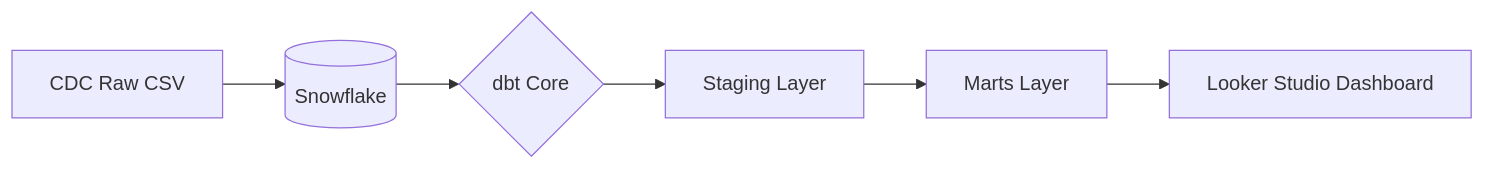
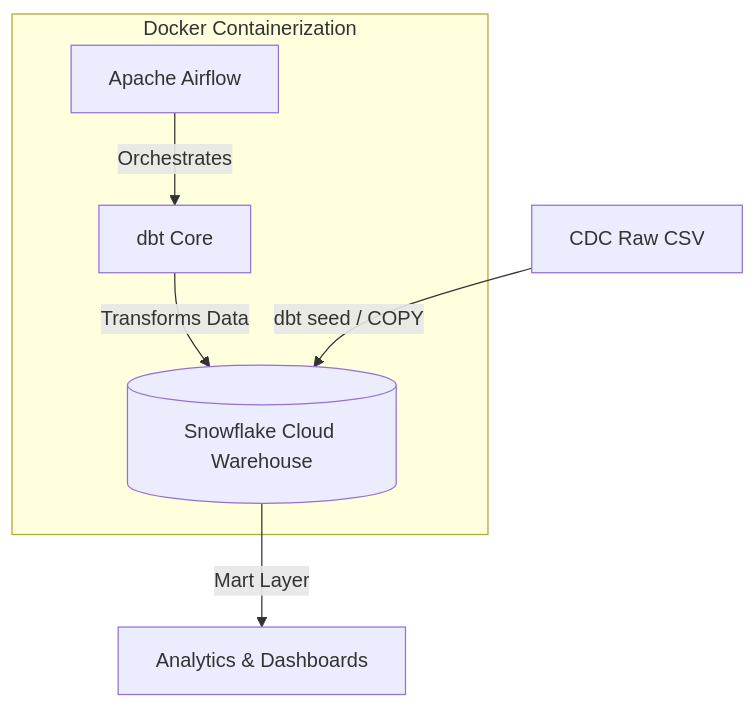
Before and after one commit to vitali-f/medtech-analytics: the diagram in README.md, drawn with Mermaid. The commit also changed other lines of this file and 2 other files, not shown here.

````diff
--- a/README.md
+++ b/README.md
@@ -18,8 +18,9 @@
 ```mermaid
-graph LR
-    A[CDC Raw CSV] --> B[(Snowflake)]
-    B --> C{dbt Core}
-    C --> D[Staging Layer]
-    D --> E[Marts Layer]
-    E --> F[Looker Studio Dashboard]
+graph TD
+    subgraph Docker_Environment [Docker Containerization]
+        A[Apache Airflow] -->|Orchestrates| B[dbt Core]
+        B -->|Transforms Data| C[(Snowflake Cloud Warehouse)]
+    end
+    Raw[CDC Raw CSV] -->|dbt seed / COPY| C
+    C -->|Mart Layer| D[Analytics & Dashboards]
 ```
````
